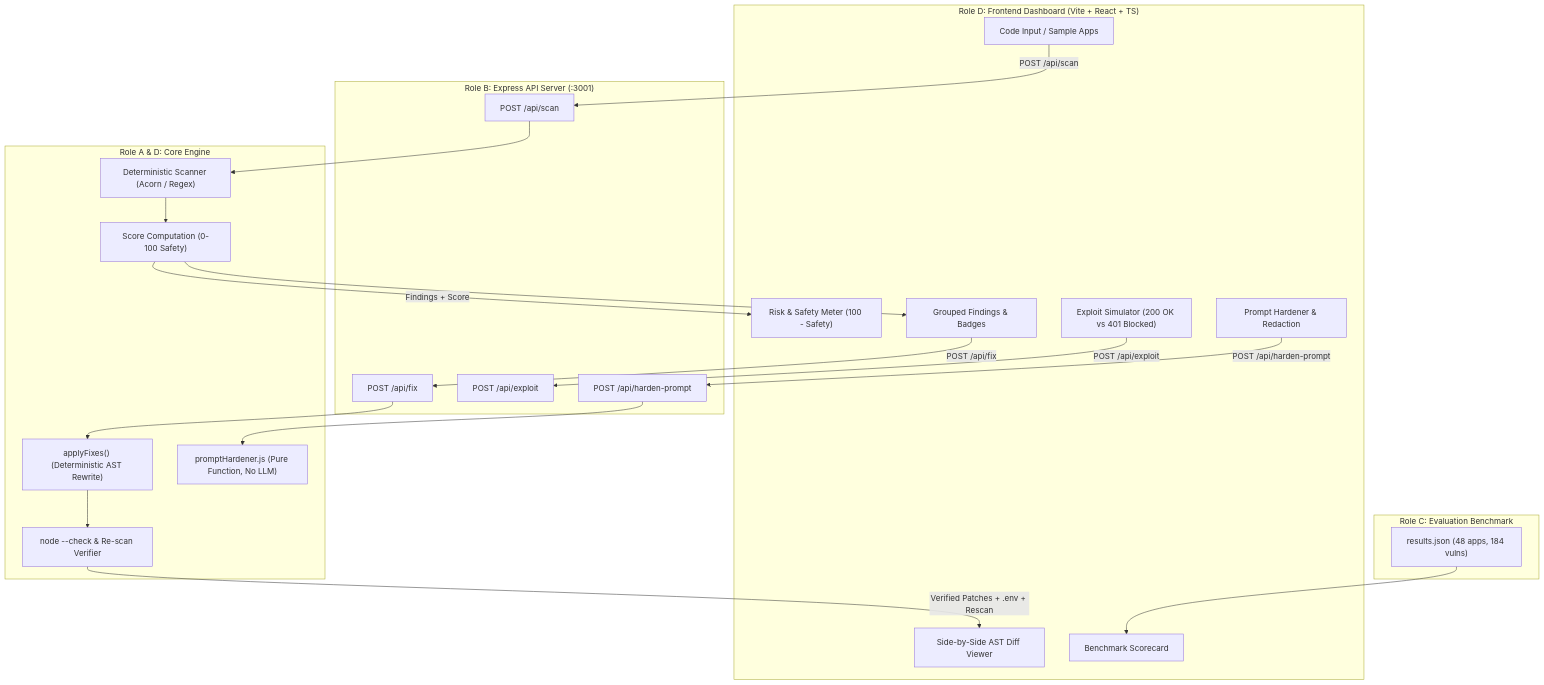
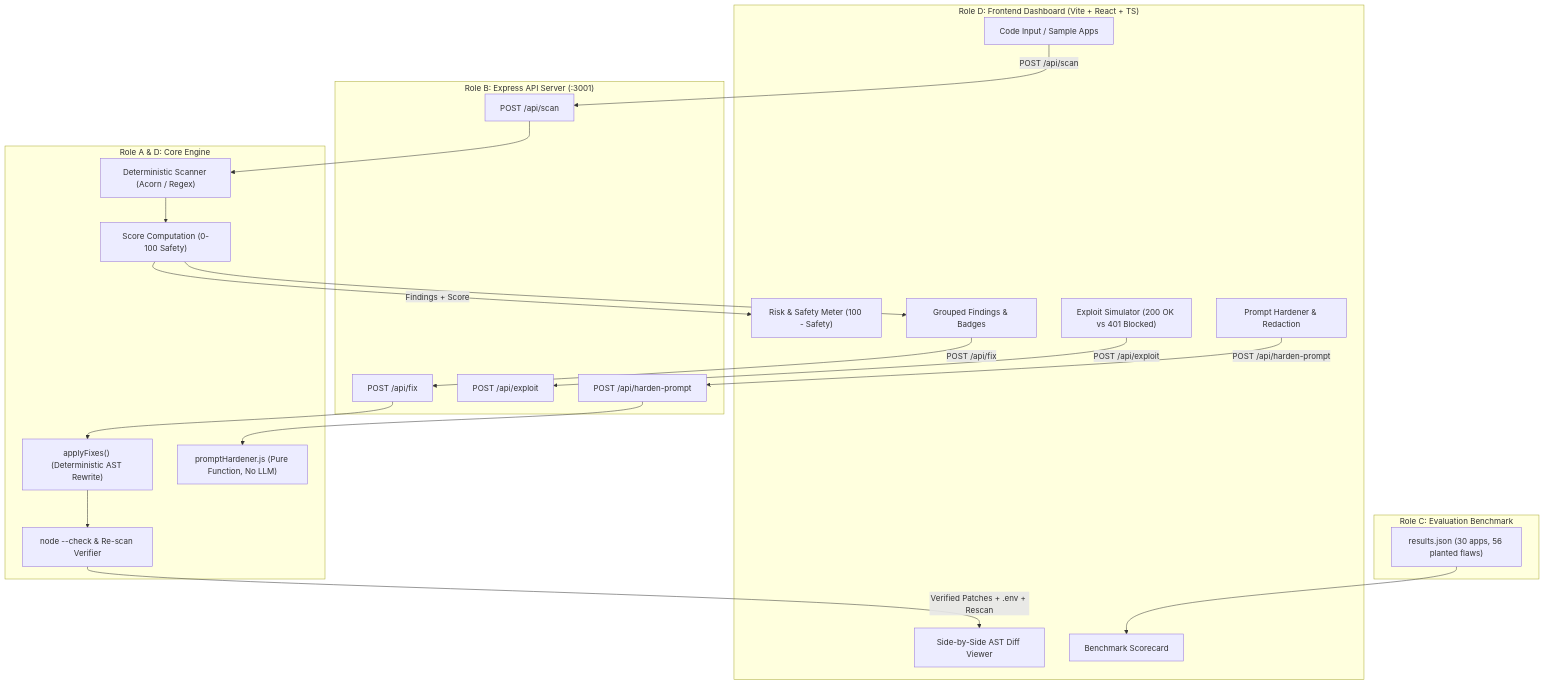
The diagram in docs/README.md (AlgoWanderer/tech-habba), drawn with Mermaid before and after one commit. The commit also changed other lines of this file and 5 other files, not shown here.

````diff
--- a/docs/README.md
+++ b/docs/README.md
@@ -24,48 +24,48 @@
 ```mermaid
 flowchart TD
     subgraph UI["Role D: Frontend Dashboard (Vite + React + TS)"]
         UI_Input["Code Input / Sample Apps"]
         UI_Meter["Risk & Safety Meter (100 - Safety)"]
         UI_Findings["Grouped Findings & Badges"]
         UI_Diff["Side-by-Side AST Diff Viewer"]
         UI_Exploit["Exploit Simulator (200 OK vs 401 Blocked)"]
         UI_Hardener["Prompt Hardener & Redaction"]
         UI_Scorecard["Benchmark Scorecard"]
     end
 
     subgraph API["Role B: Express API Server (:3001)"]
         EP_Scan["POST /api/scan"]
         EP_Fix["POST /api/fix"]
         EP_Exploit["POST /api/exploit"]
         EP_Harden["POST /api/harden-prompt"]
     end
 
     subgraph Core["Role A & D: Core Engine"]
         Core_Scan["Deterministic Scanner (Acorn / Regex)"]
         Core_Score["Score Computation (0-100 Safety)"]
         Core_Fix["applyFixes() (Deterministic AST Rewrite)"]
         Core_Verify["node --check & Re-scan Verifier"]
         Core_Hardener["promptHardener.js (Pure Function, No LLM)"]
     end
 
     subgraph Corpus["Role C: Evaluation Benchmark"]
-        Corpus_Bench["results.json (48 apps, 184 vulns)"]
+        Corpus_Bench["results.json (30 apps, 56 planted flaws)"]
     end
 
     UI_Input -->|"POST /api/scan"| EP_Scan
     EP_Scan --> Core_Scan
     Core_Scan --> Core_Score
     Core_Score -->|"Findings + Score"| UI_Meter
     Core_Score --> UI_Findings
 
     UI_Findings -->|"POST /api/fix"| EP_Fix
     EP_Fix --> Core_Fix
     Core_Fix --> Core_Verify
     Core_Verify -->|"Verified Patches + .env + Rescan"| UI_Diff
 
     UI_Exploit -->|"POST /api/exploit"| EP_Exploit
     UI_Hardener -->|"POST /api/harden-prompt"| EP_Harden
     EP_Harden --> Core_Hardener
 
     Corpus_Bench --> UI_Scorecard
 ```
````
